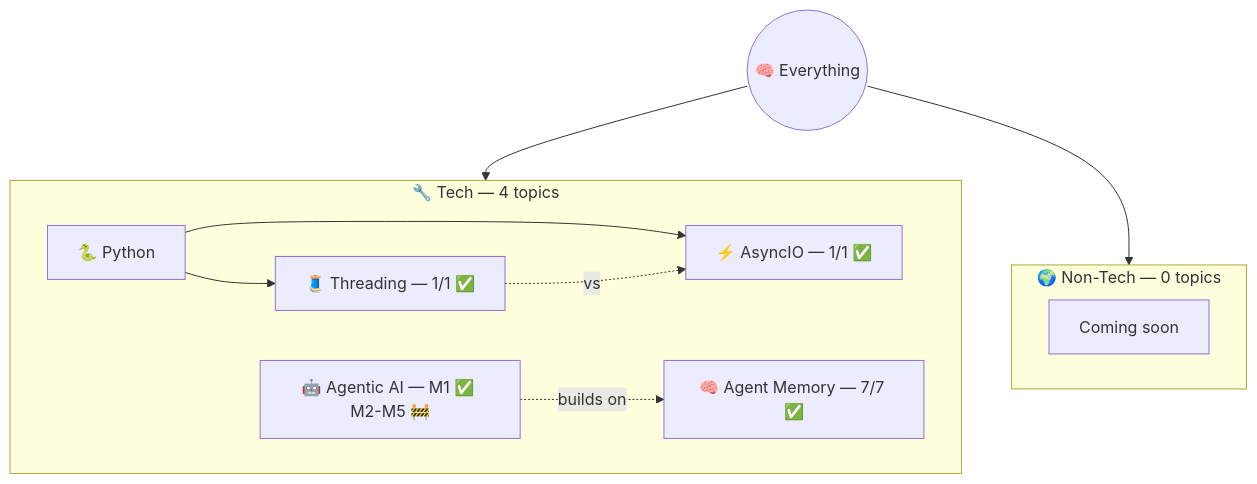
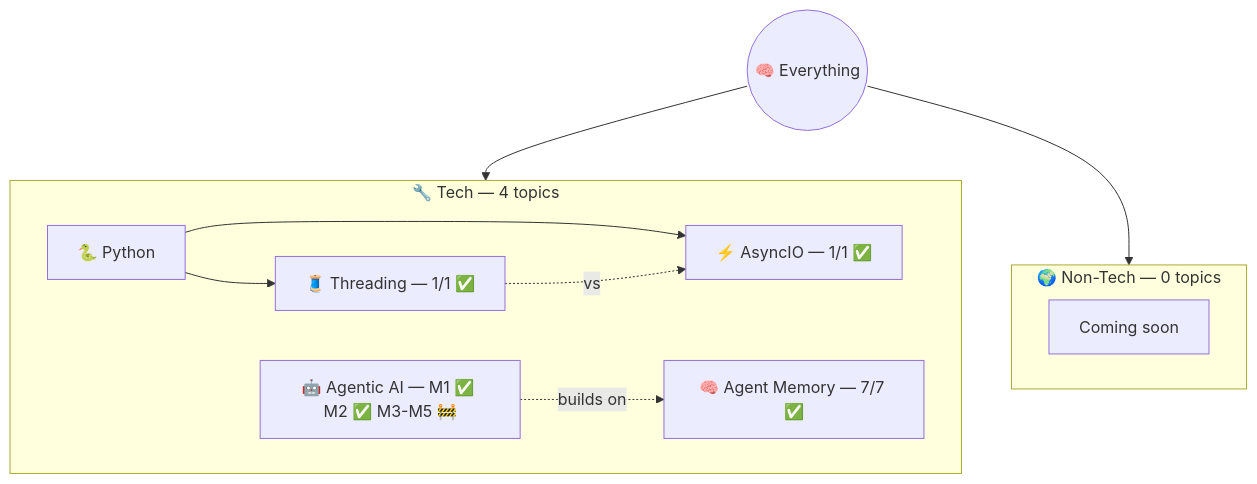
The diagram in _maps/everything.md (AyushSonuu/my-memory), drawn with Mermaid before and after one commit. The commit also changed other lines of this file and 160 other files, not shown here.

````diff
--- a/_maps/everything.md
+++ b/_maps/everything.md
@@ -5,21 +5,21 @@
 ```mermaid
 graph TB
     ROOT(("🧠 Everything"))
     
     subgraph TECH ["🔧 Tech — 4 topics"]
-        AG["🤖 Agentic AI — M1 ✅ M2-M5 🚧"]
+        AG["🤖 Agentic AI — M1 ✅ M2 ✅ M3-M5 🚧"]
         AM["🧠 Agent Memory — 7/7 ✅"]
         PY["🐍 Python"]
         PY --> AIO["⚡ AsyncIO — 1/1 ✅"]
         PY --> THR["🧵 Threading — 1/1 ✅"]
         AG -.->|"builds on"| AM
         THR -.->|"vs"| AIO
     end
 
     subgraph NT ["🌍 Non-Tech — 0 topics"]
         NTE["Coming soon"]
     end
 
     ROOT --> TECH
     ROOT --> NT
 ```
````
